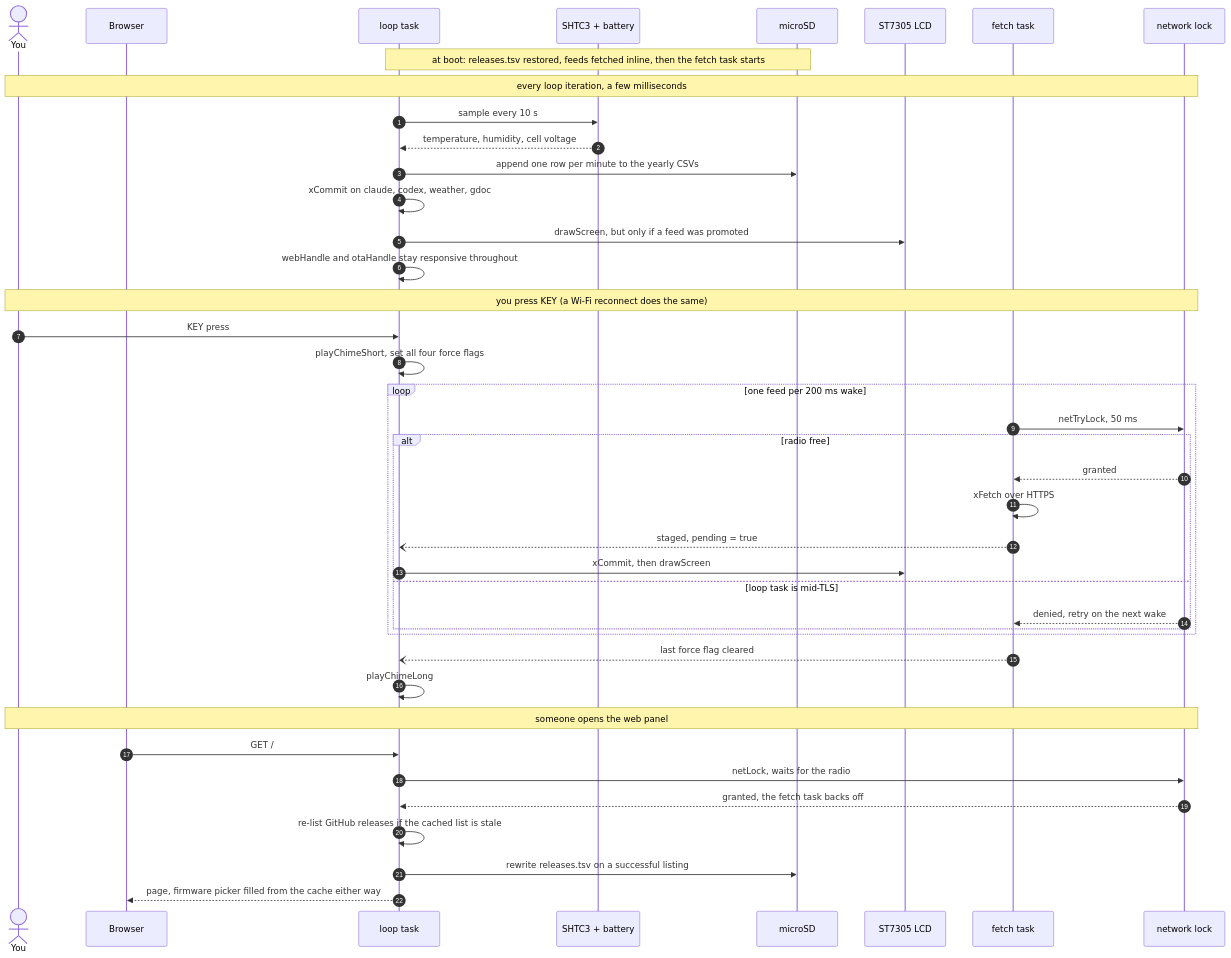
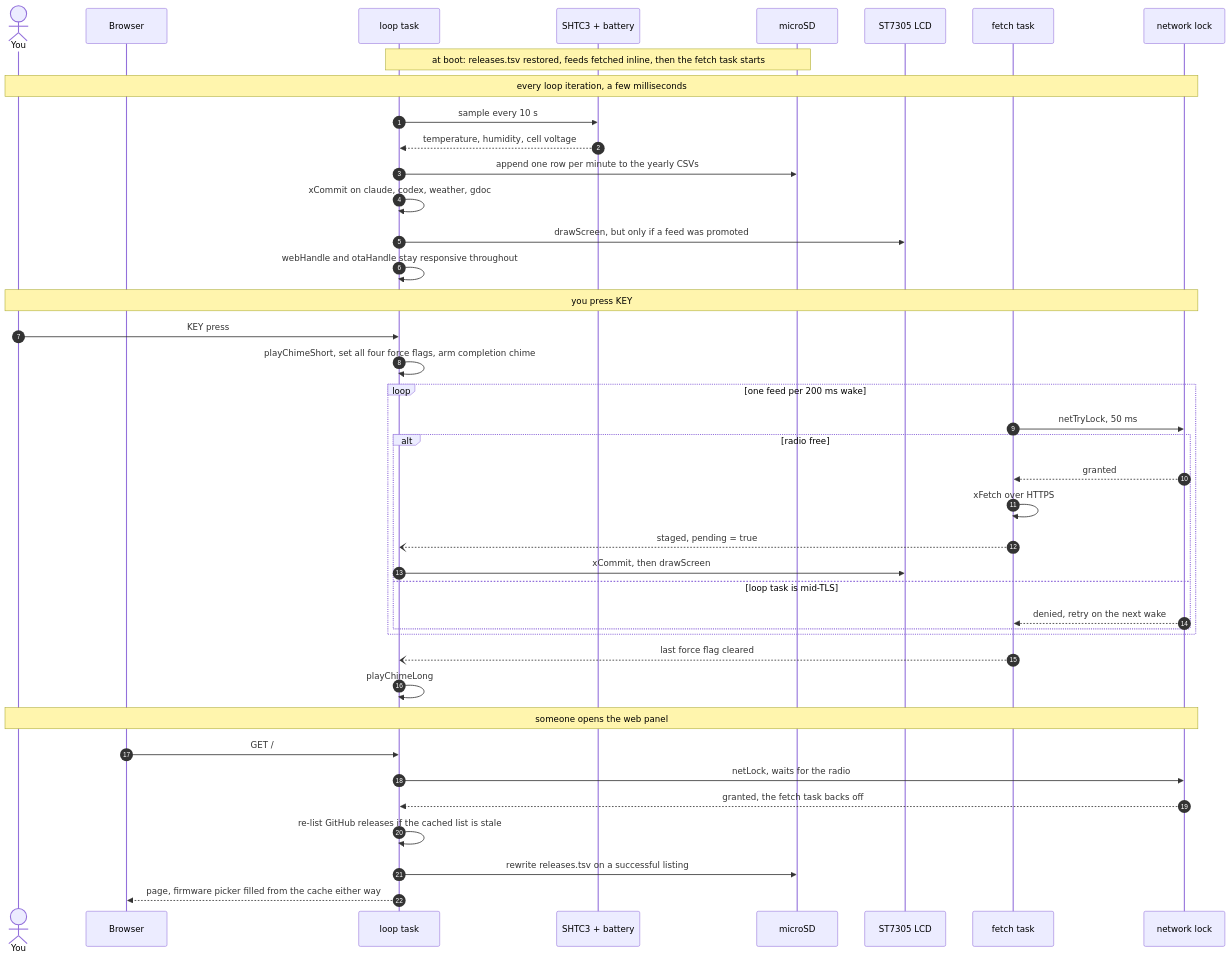
One commit to RabbitWhite1/hd-esp32-s3 changed the diagram in README.md. Above: the diagram before and after it, drawn with Mermaid. The commit also changed other lines of this file and 1 other file, not shown here.

Commit message:
fix: keep background updates silent

````diff
--- a/README.md
+++ b/README.md
@@ -104,47 +104,47 @@
 ```mermaid
 sequenceDiagram
     autonumber
     actor USER as You
     participant WEB as Browser
     participant MAIN as loop task
     participant SENS as SHTC3 + battery
     participant SD as microSD
     participant LCD as ST7305 LCD
     participant FETCH as fetch task
     participant LOCK as network lock
 
     Note over MAIN,SD: at boot: releases.tsv restored, feeds fetched inline, then the fetch task starts
 
     Note over USER,LOCK: every loop iteration, a few milliseconds
     MAIN->>SENS: sample every 10 s
     SENS-->>MAIN: temperature, humidity, cell voltage
     MAIN->>SD: append one row per minute to the yearly CSVs
     MAIN->>MAIN: xCommit on claude, codex, weather, gdoc
     MAIN->>LCD: drawScreen, but only if a feed was promoted
     MAIN->>MAIN: webHandle and otaHandle stay responsive throughout
 
-    Note over USER,LOCK: you press KEY (a Wi-Fi reconnect does the same)
+    Note over USER,LOCK: you press KEY
     USER->>MAIN: KEY press
-    MAIN->>MAIN: playChimeShort, set all four force flags
+    MAIN->>MAIN: playChimeShort, set all four force flags, arm completion chime
     loop one feed per 200 ms wake
         FETCH->>LOCK: netTryLock, 50 ms
         alt radio free
             LOCK-->>FETCH: granted
             FETCH->>FETCH: xFetch over HTTPS
             FETCH--)MAIN: staged, pending = true
             MAIN->>LCD: xCommit, then drawScreen
         else loop task is mid-TLS
             LOCK-->>FETCH: denied, retry on the next wake
         end
     end
     FETCH--)MAIN: last force flag cleared
     MAIN->>MAIN: playChimeLong
 
     Note over USER,LOCK: someone opens the web panel
     WEB->>MAIN: GET /
     MAIN->>LOCK: netLock, waits for the radio
     LOCK-->>MAIN: granted, the fetch task backs off
     MAIN->>MAIN: re-list GitHub releases if the cached list is stale
     MAIN->>SD: rewrite releases.tsv on a successful listing
     MAIN-->>WEB: page, firmware picker filled from the cache either way
 ```
````
